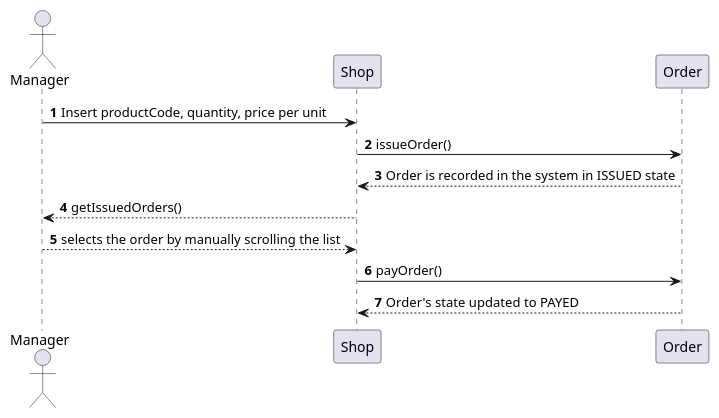
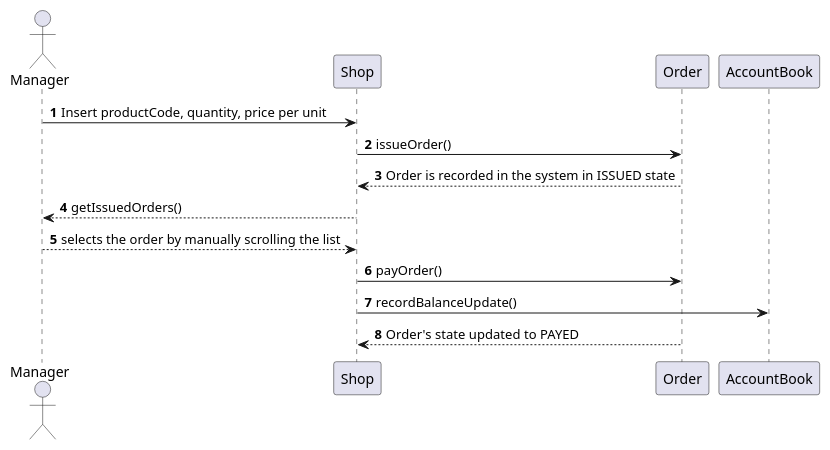
Before and after one commit to b3xul/ezshop: the ninth of 17 diagrams in Deliverables/DesignDocument.md, drawn with PlantUML. The commit also changed other lines of this file, not shown here.

Commit message:
updated sequences

````diff
--- a/Deliverables/DesignDocument.md
+++ b/Deliverables/DesignDocument.md
@@ -410,18 +391,20 @@
 ```plantuml
 @startuml
 
 actor Manager
 participant Shop
 participant Order
+participant AccountBook
 
 autonumber 
 Manager -> Shop: Insert productCode, quantity, price per unit
 Shop -> Order: issueOrder()
 Order --> Shop: Order is recorded in the system in ISSUED state
 Shop --> Manager: getIssuedOrders()
 Manager --> Shop: selects the order by manually scrolling the list
 Shop -> Order: payOrder()
+Shop -> AccountBook: recordBalanceUpdate()
 Order --> Shop: Order's state updated to PAYED
 
 @enduml
 ```
````
